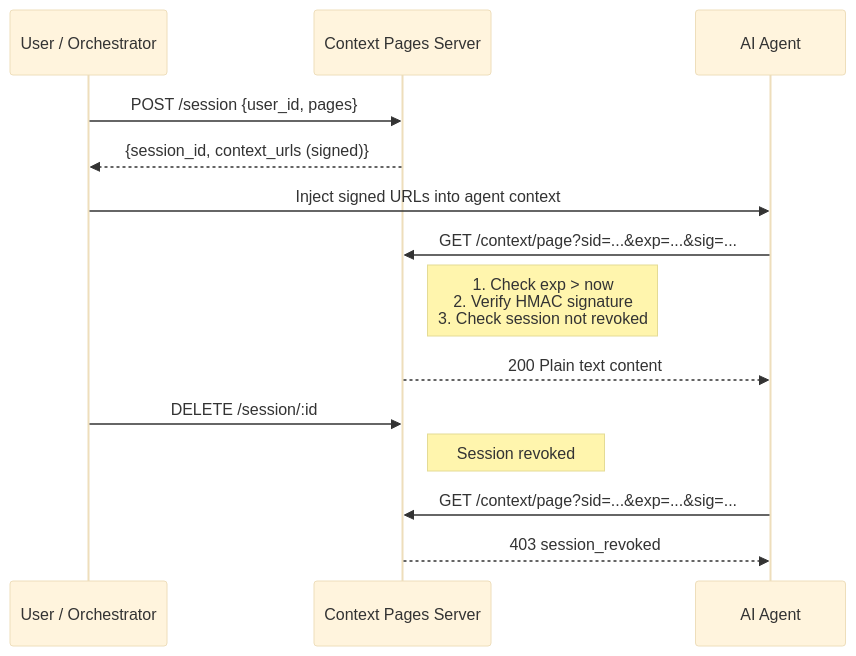
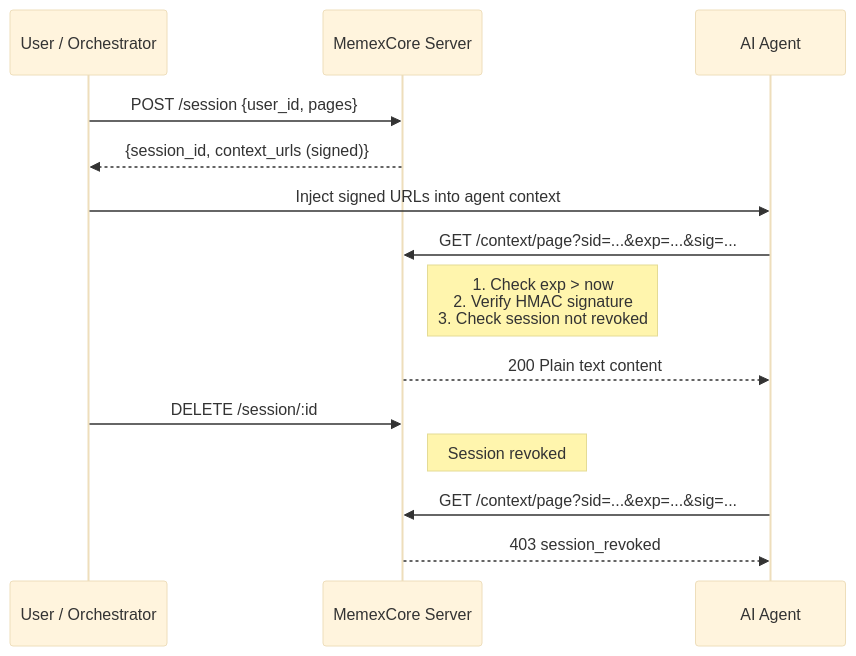
One commit to memexcore/memexcore changed the diagram in README.md. Above: the diagram before and after it, drawn with Mermaid (base theme). The commit also changed other lines of this file and 2 other files, not shown here.

````diff
--- a/README.md
+++ b/README.md
@@ -51,21 +64,21 @@
 ```mermaid
 sequenceDiagram
     participant U as User / Orchestrator
-    participant S as Context Pages Server
+    participant S as MemexCore Server
     participant A as AI Agent
 
     U->>S: POST /session {user_id, pages}
     S-->>U: {session_id, context_urls (signed)}
 
     U->>A: Inject signed URLs into agent context
 
     A->>S: GET /context/page?sid=...&exp=...&sig=...
     Note right of S: 1. Check exp > now<br/>2. Verify HMAC signature<br/>3. Check session not revoked
     S-->>A: 200 Plain text content
 
     U->>S: DELETE /session/:id
     Note right of S: Session revoked
 
     A->>S: GET /context/page?sid=...&exp=...&sig=...
     S-->>A: 403 session_revoked
 ```
````
